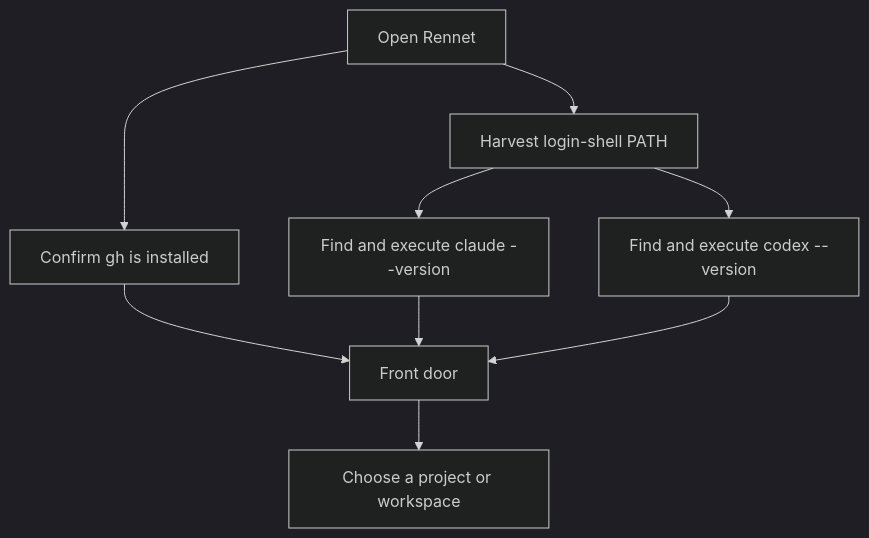
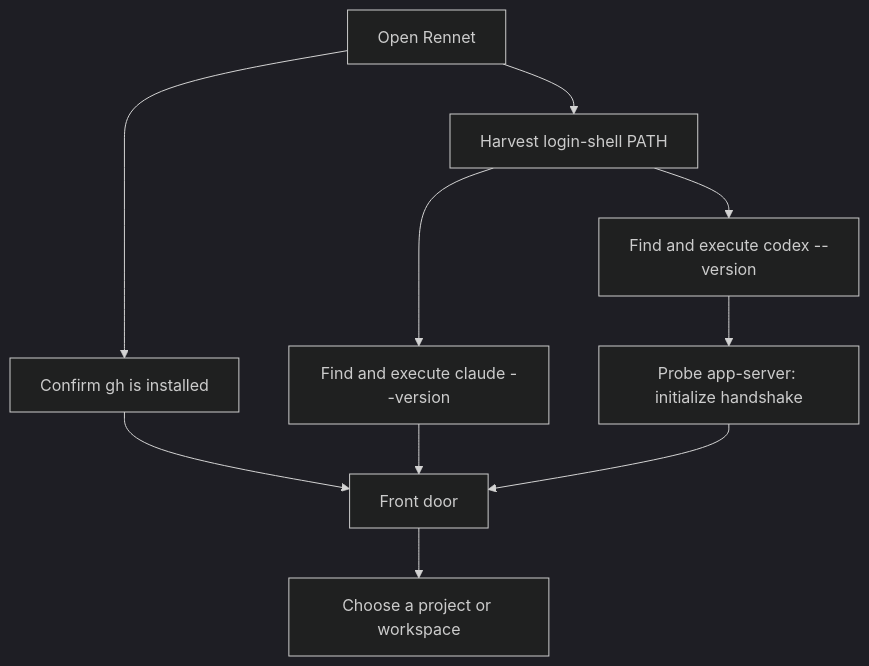
The first of 3 diagrams in docs/src/content/docs/developing/guide/settings-and-setup.md (rbutera/Rennet), drawn with Mermaid (dark theme) before and after one commit. The commit also changed other lines of this file and 5 other files, not shown here.

First line of the commit message:
docs(adapters): precision fixes + green-matrix tense for codex app-server

````diff
--- a/docs/src/content/docs/developing/guide/settings-and-setup.md
+++ b/docs/src/content/docs/developing/guide/settings-and-setup.md
@@ -24,11 +27,12 @@
 ```mermaid
 flowchart TD
   start["Open Rennet"] --> github["Confirm gh is installed"]
   start --> path["Harvest login-shell PATH"]
   path --> claude["Find and execute claude --version"]
   path --> codex["Find and execute codex --version"]
+  codex --> probe["Probe app-server: initialize handshake"]
   github --> ready["Front door"]
   claude --> ready
-  codex --> ready
+  probe --> ready
   ready --> choose["Choose a project or workspace"]
 ```
````
